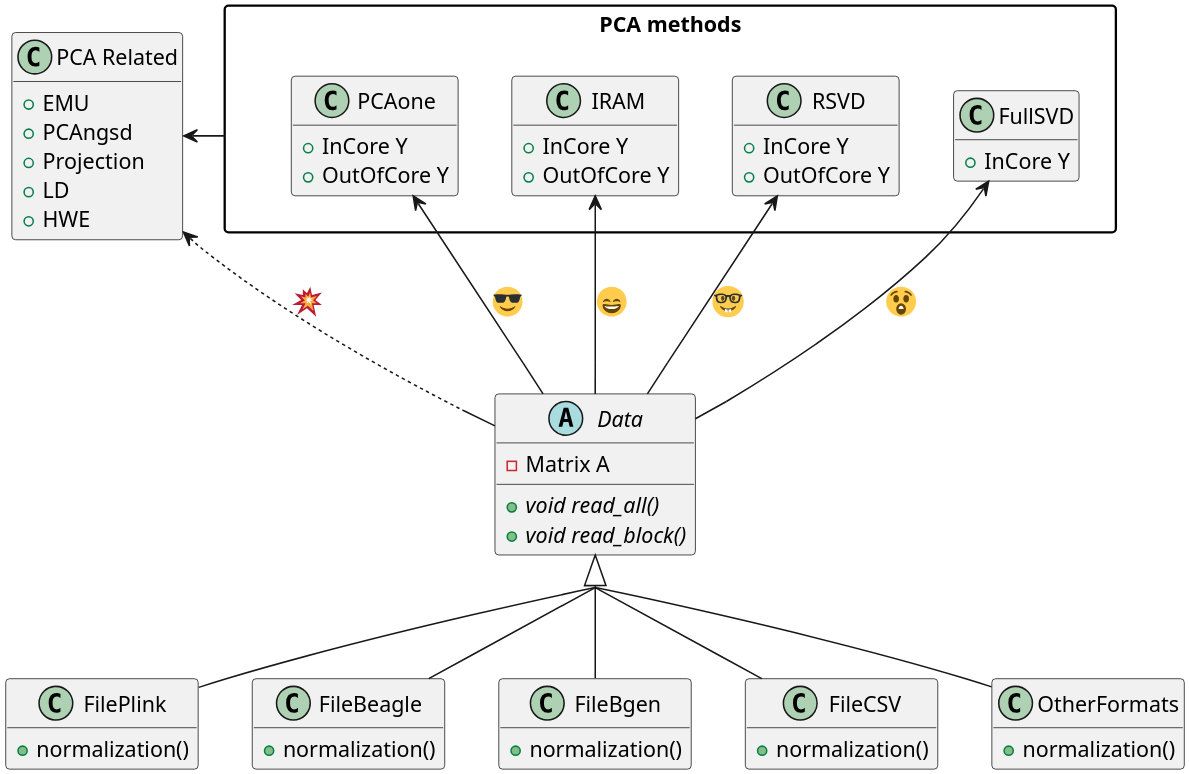
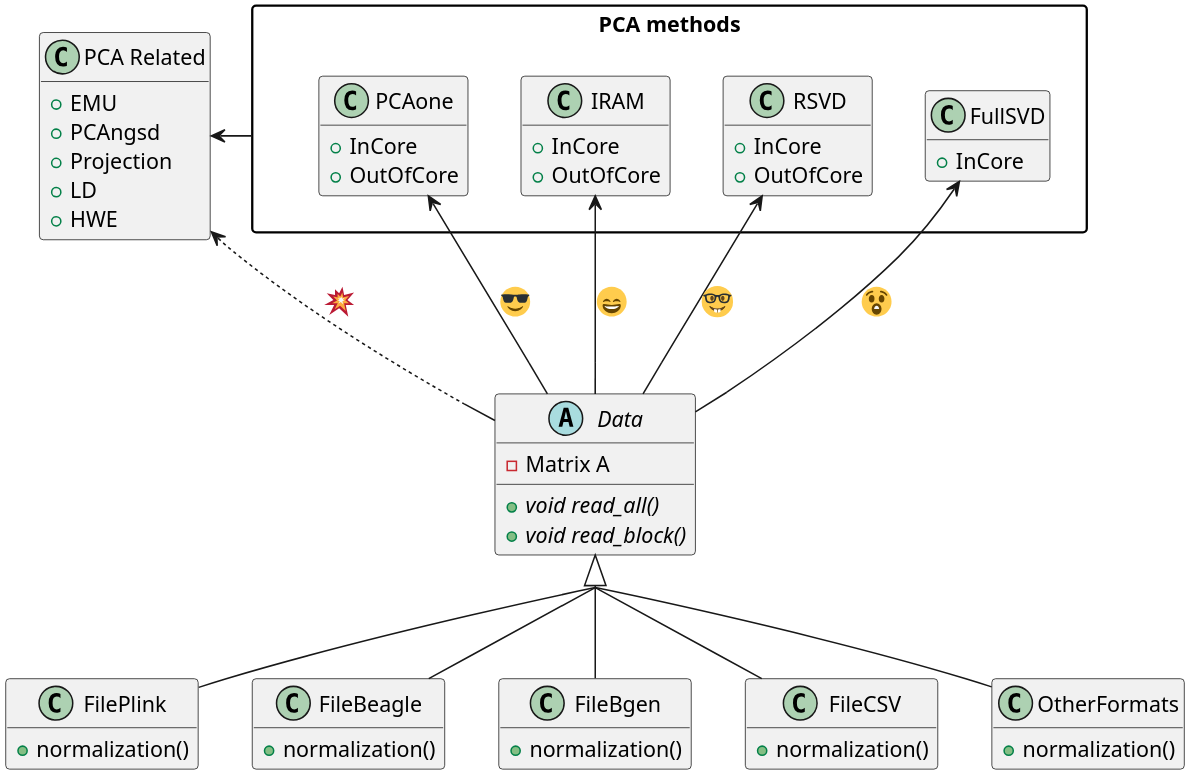
The second of 2 diagrams in misc/architecture.org (Zilong-Li/PCAone), drawn with PlantUML before and after one commit. The commit also changed 1 other file, not shown here.

Commit message:
update architecture

```diff
--- a/misc/architecture.org
+++ b/misc/architecture.org
@@ -18,64 +18,64 @@
 #+begin_src plantuml :file architecture.png
 skinparam dpi 300
 skinparam defaultFontName FiraCode Nerd Font Med
 skinparam groupInheritance 2
 skinparam packageStyle rectangle
 hide empty fields
 hide empty members
 abstract class Data {
   -Matrix A
   +void {abstract} read_all()
   +void {abstract} read_block()
 }
 Data <|-- FilePlink
 Data <|-- FileBeagle
 Data <|-- FileBgen
 Data <|-- FileCSV
 Data <|-- OtherFormats
 class FilePlink {
   +normalization()
 }
 class FileBeagle {
   +normalization()
 }
 class FileBgen {
   +normalization()
 }
 class FileCSV {
   +normalization()
 }
 class OtherFormats {
   +normalization()
 }
 package "PCA methods" as PCA {
   class PCAone {
-    +InCore Y
-    +OutOfCore Y
+    +InCore
+    +OutOfCore
   }
   class IRAM {
-    +InCore Y
-    +OutOfCore Y
+    +InCore
+    +OutOfCore
   }
   class RSVD {
-    +InCore Y
-    +OutOfCore Y
+    +InCore
+    +OutOfCore
   }
   class FullSVD {
-    +InCore Y
+    +InCore
   }
 }
 
 class "PCA Related" as PCAem {
   +EMU
   +PCAngsd
   +Projection
   +LD
   +HWE
 }
 FullSVD <-- Data: <:astonished:>
 IRAM <-- Data: <:smile:>
 RSVD <-- Data: <:nerd_face:>
 PCAone <-- Data: <:sunglasses:> 
 PCA -left-> PCAem 
 Data -left[dashed]-> PCAem: <:boom:> 
 #+end_src
```
